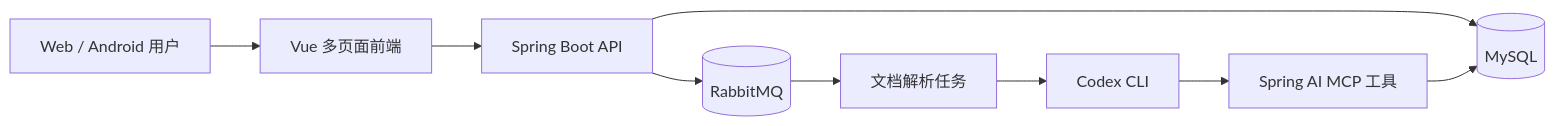
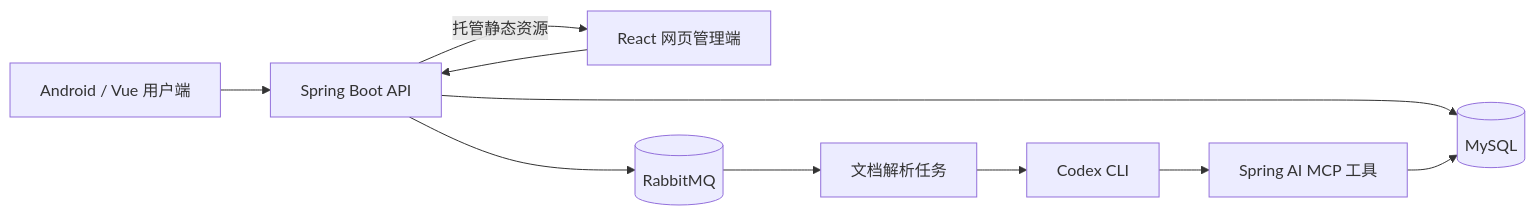
One commit to naledao/coding-interview-practice-platform changed the diagram in README.md. Above: the diagram before and after it, drawn with Mermaid. The commit also changed other lines of this file and 57 other files, not shown here.

First line of the commit message:
feat: add web admin and excluded question management

````diff
--- a/README.md
+++ b/README.md
@@ -20,11 +21,12 @@
 ```mermaid
 flowchart LR
-    User[Web / Android 用户] --> Frontend[Vue 多页面前端]
-    Frontend --> API[Spring Boot API]
+    User[Android / Vue 用户端] --> API[Spring Boot API]
+    Admin[React 网页管理端] --> API
+    API -- 托管静态资源 --> Admin
     API --> MySQL[(MySQL)]
     API --> RabbitMQ[(RabbitMQ)]
     RabbitMQ --> Job[文档解析任务]
     Job --> Codex[Codex CLI]
     Codex --> MCP[Spring AI MCP 工具]
     MCP --> MySQL
 ```
````
